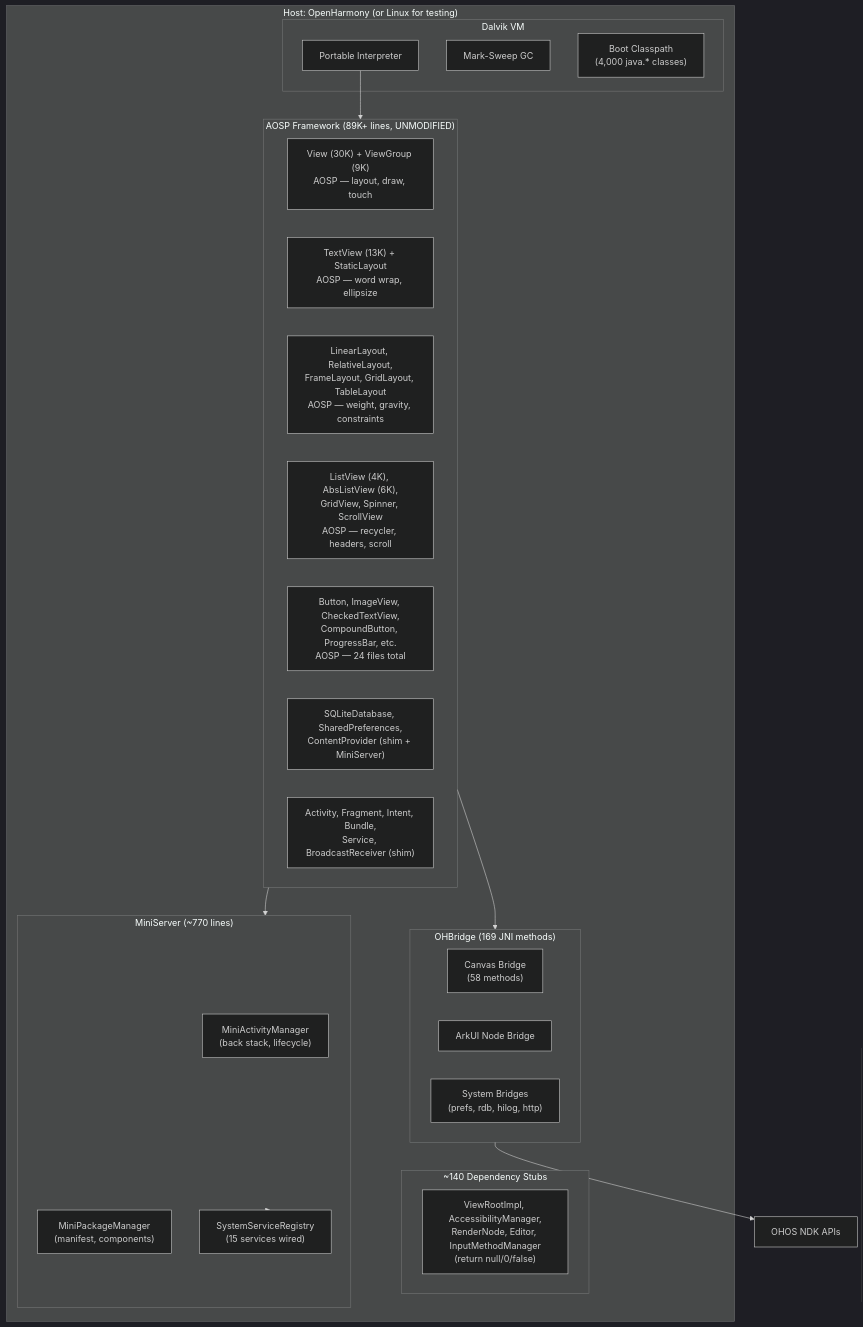
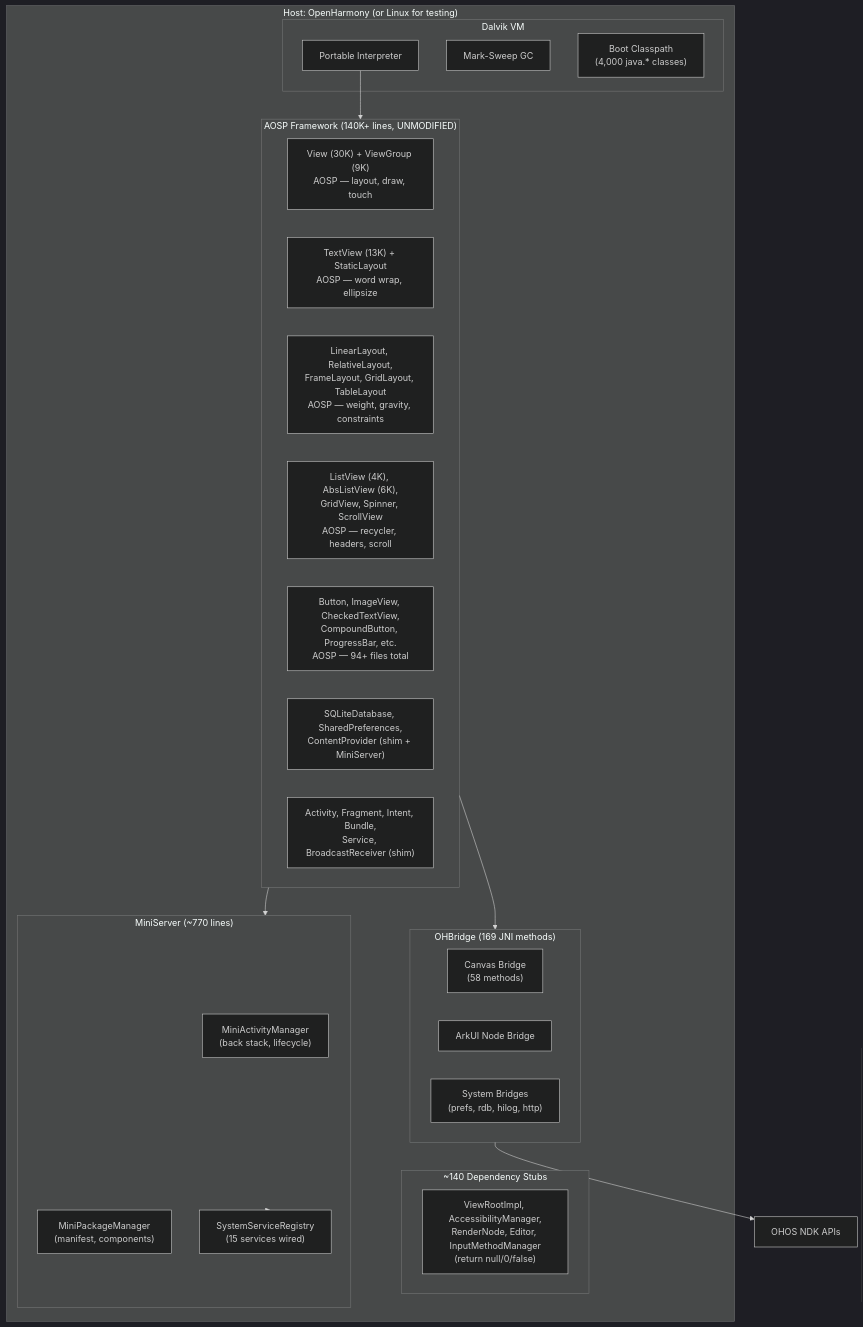
The third of 3 diagrams in README.md (A2OH/westlake), drawn with Mermaid (dark theme) before and after one commit. The commit also changed other lines of this file and 37 other files, not shown here.

Commit message:
Update docs: 140K+ lines across 94+ AOSP files, 200+ stubs

````diff
--- a/README.md
+++ b/README.md
@@ -149,41 +149,41 @@
 ```mermaid
 graph TD
     subgraph HOST["Host: OpenHarmony (or Linux for testing)"]
         subgraph VM["Dalvik VM"]
             INTERP["Portable Interpreter"]
             GC["Mark-Sweep GC"]
             BOOT["Boot Classpath<br/>(4,000 java.* classes)"]
         end
 
-        subgraph FRAMEWORK["AOSP Framework (89K+ lines, UNMODIFIED)"]
+        subgraph FRAMEWORK["AOSP Framework (140K+ lines, UNMODIFIED)"]
             VIEW["View (30K) + ViewGroup (9K)<br/>AOSP — layout, draw, touch"]
             TEXT["TextView (13K) + StaticLayout<br/>AOSP — word wrap, ellipsize"]
             LAYOUT["LinearLayout, RelativeLayout,<br/>FrameLayout, GridLayout, TableLayout<br/>AOSP — weight, gravity, constraints"]
             LIST["ListView (4K), AbsListView (6K),<br/>GridView, Spinner, ScrollView<br/>AOSP — recycler, headers, scroll"]
-            WIDGET["Button, ImageView, CheckedTextView,<br/>CompoundButton, ProgressBar, etc.<br/>AOSP — 24 files total"]
+            WIDGET["Button, ImageView, CheckedTextView,<br/>CompoundButton, ProgressBar, etc.<br/>AOSP — 94+ files total"]
             DATA["SQLiteDatabase, SharedPreferences,<br/>ContentProvider (shim + MiniServer)"]
             IPC["Activity, Fragment, Intent, Bundle,<br/>Service, BroadcastReceiver (shim)"]
         end
         subgraph STUBS["~140 Dependency Stubs"]
             S1["ViewRootImpl, AccessibilityManager,<br/>RenderNode, Editor, InputMethodManager<br/>(return null/0/false)"]
         end
 
         subgraph MINI["MiniServer (~770 lines)"]
             MAM["MiniActivityManager<br/>(back stack, lifecycle)"]
             MPM["MiniPackageManager<br/>(manifest, components)"]
             SSR["SystemServiceRegistry<br/>(15 services wired)"]
         end
 
         subgraph OHBRIDGE["OHBridge (169 JNI methods)"]
             DRAW["Canvas Bridge<br/>(58 methods)"]
             NODE["ArkUI Node Bridge"]
             SYS["System Bridges<br/>(prefs, rdb, hilog, http)"]
         end
     end
 
     INTERP --> FRAMEWORK
     FRAMEWORK --> MINI
     FRAMEWORK --> OHBRIDGE
     MINI --> SSR
     OHBRIDGE --> OHOS_API["OHOS NDK APIs"]
 ```
````
